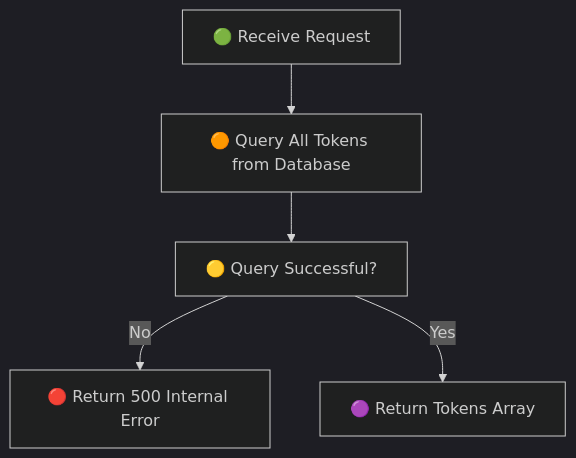
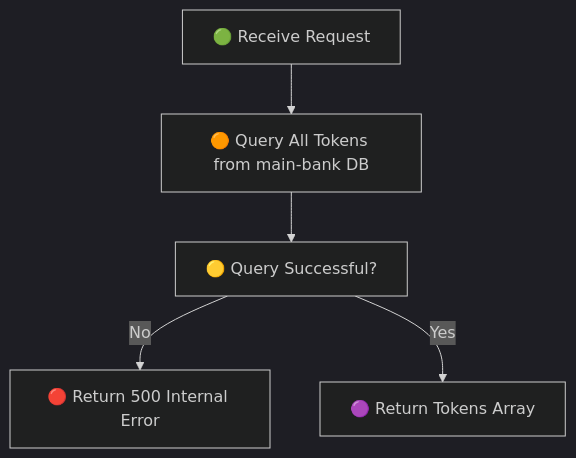
One commit to trunghc97/blockchain changed the ninth of 19 diagrams in API_Flow_Diagrams.md. Above: the diagram before and after it, drawn with Mermaid (dark theme). The commit also changed other lines of this file and 4 other files, not shown here.

````diff
--- a/API_Flow_Diagrams.md
+++ b/API_Flow_Diagrams.md
@@ -145,7 +195,7 @@
 ```mermaid
 flowchart TD
-    A[🟢 Receive Request] --> B[🟠 Query All Tokens from Database]
+    A[🟢 Receive Request] --> B[🟠 Query All Tokens from main-bank DB]
     B --> C[🟡 Query Successful?]
     C -->|No| D[🔴 Return 500 Internal Error]
     C -->|Yes| E[🟣 Return Tokens Array]
 ```
````
